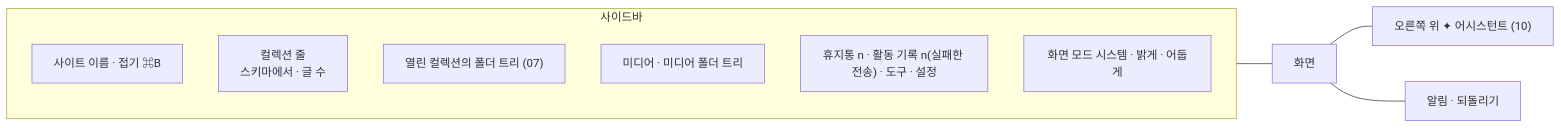
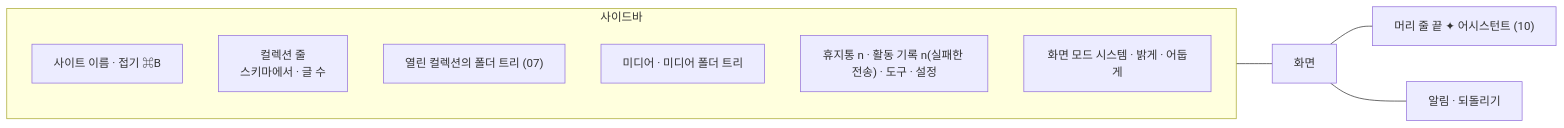
One commit to monti-cms/monti changed the second of 2 diagrams in docs/design/features/15-login-and-frame.md. Above: the diagram before and after it, drawn with Mermaid. The commit also changed 22 other files, not shown here.

````diff
--- a/docs/design/features/15-login-and-frame.md
+++ b/docs/design/features/15-login-and-frame.md
@@ -50,17 +50,17 @@
 ```mermaid
 flowchart LR
   subgraph SIDEBAR["사이드바"]
     H["사이트 이름 · 접기 ⌘B"]
     C["컬렉션 줄<br/>스키마에서 · 글 수"]
     T["열린 컬렉션의 폴더 트리 (07)"]
     MD["미디어 · 미디어 폴더 트리"]
     F["휴지통 n · 활동 기록 n(실패한 전송) · 도구 · 설정"]
     TH["화면 모드 시스템 · 밝게 · 어둡게"]
   end
   MAIN["화면"]
-  SPARK["오른쪽 위 ✦ 어시스턴트 (10)"]
+  SPARK["머리 줄 끝 ✦ 어시스턴트 (10)"]
   TOAST["알림 · 되돌리기"]
   SIDEBAR --- MAIN
   MAIN --- SPARK
   MAIN --- TOAST
 ```
````
